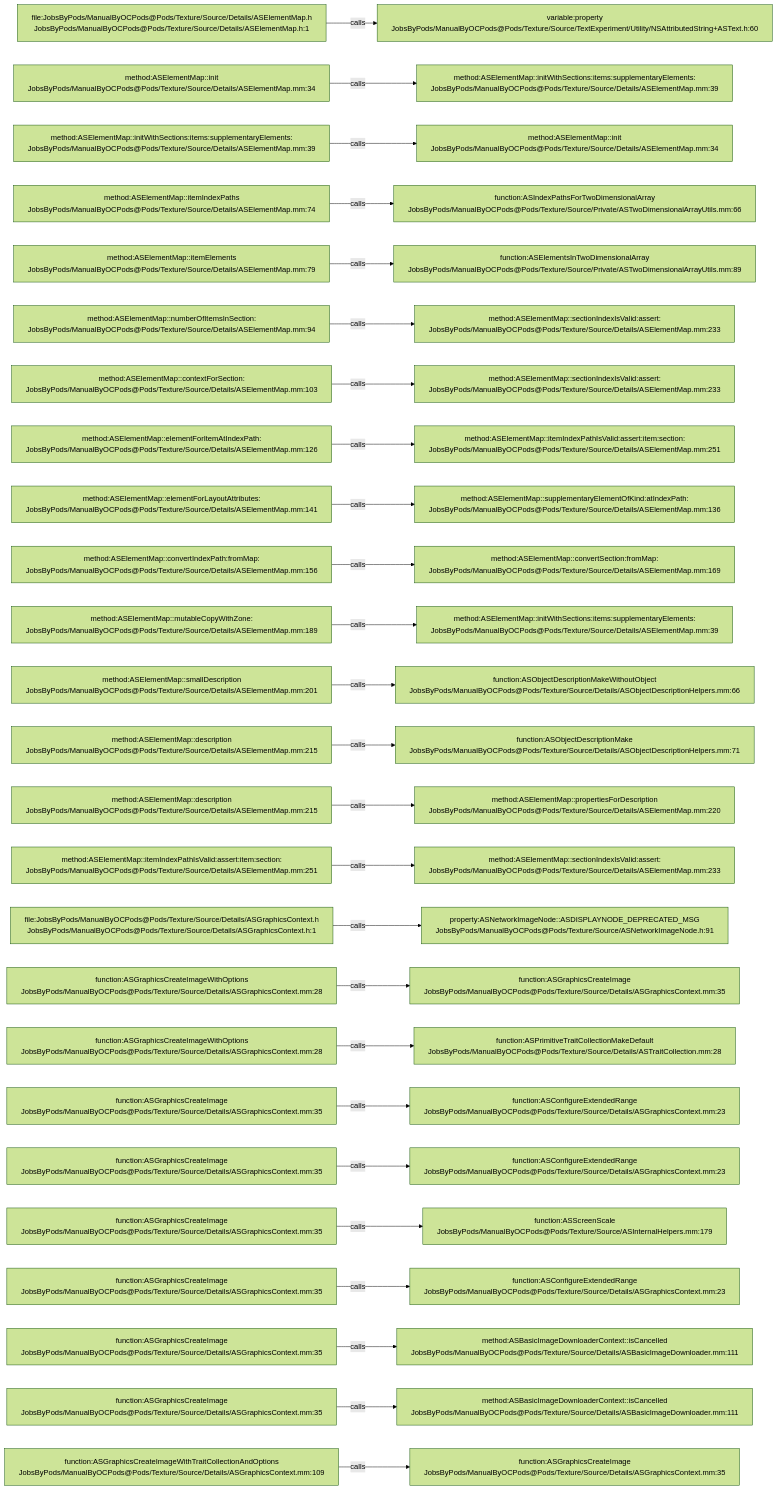
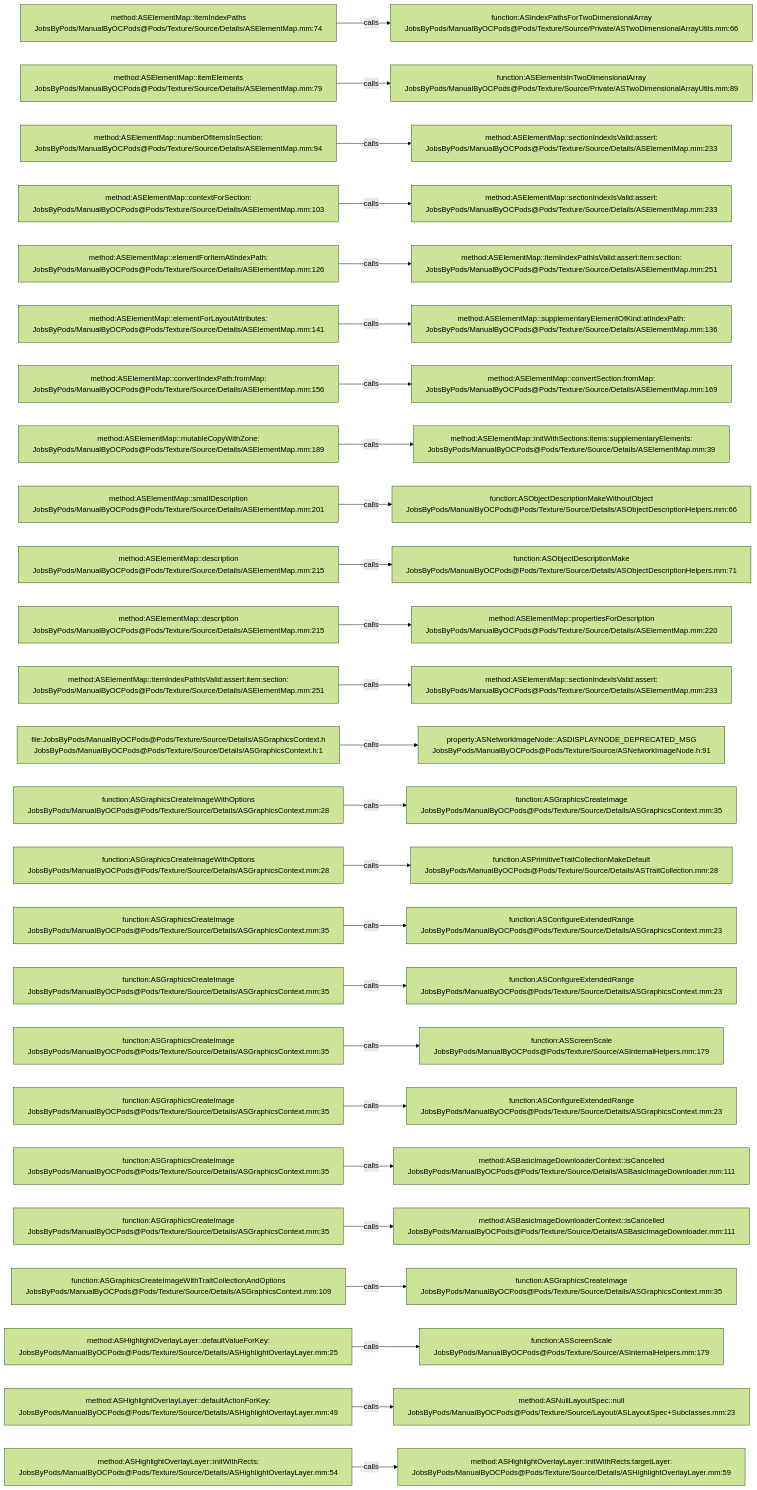
Before and after one commit to JobsKits/JobsOCBaseConfigDemo: the diagram in .codegraph/codegraph.md/graphs/calls-159.md, drawn with Mermaid (forest theme). The commit also changed 342 other files, not shown here.

````diff
--- a/.codegraph/codegraph.md/graphs/calls-159.md
+++ b/.codegraph/codegraph.md/graphs/calls-159.md
@@ -13,78 +13,78 @@
 ```mermaid
 flowchart LR
-  S1["file:JobsByPods/ManualByOCPods@Pods/Texture/Source/Details/ASElementMap.h<br/>JobsByPods/ManualByOCPods@Pods/Texture/Source/Details/ASElementMap.h:1"]
-  T1["variable:property<br/>JobsByPods/ManualByOCPods@Pods/Texture/Source/TextExperiment/Utility/NSAttributedString+ASText.h:60"]
+  S1["method:ASElementMap::itemIndexPaths<br/>JobsByPods/ManualByOCPods@Pods/Texture/Source/Details/ASElementMap.mm:74"]
+  T1["function:ASIndexPathsForTwoDimensionalArray<br/>JobsByPods/ManualByOCPods@Pods/Texture/Source/Private/ASTwoDimensionalArrayUtils.mm:66"]
   S1 -->|calls| T1
-  S2["method:ASElementMap::init<br/>JobsByPods/ManualByOCPods@Pods/Texture/Source/Details/ASElementMap.mm:34"]
-  T2["method:ASElementMap::initWithSections:items:supplementaryElements:<br/>JobsByPods/ManualByOCPods@Pods/Texture/Source/Details/ASElementMap.mm:39"]
+  S2["method:ASElementMap::itemElements<br/>JobsByPods/ManualByOCPods@Pods/Texture/Source/Details/ASElementMap.mm:79"]
+  T2["function:ASElementsInTwoDimensionalArray<br/>JobsByPods/ManualByOCPods@Pods/Texture/Source/Private/ASTwoDimensionalArrayUtils.mm:89"]
   S2 -->|calls| T2
-  S3["method:ASElementMap::initWithSections:items:supplementaryElements:<br/>JobsByPods/ManualByOCPods@Pods/Texture/Source/Details/ASElementMap.mm:39"]
-  T3["method:ASElementMap::init<br/>JobsByPods/ManualByOCPods@Pods/Texture/Source/Details/ASElementMap.mm:34"]
+  S3["method:ASElementMap::numberOfItemsInSection:<br/>JobsByPods/ManualByOCPods@Pods/Texture/Source/Details/ASElementMap.mm:94"]
+  T3["method:ASElementMap::sectionIndexIsValid:assert:<br/>JobsByPods/ManualByOCPods@Pods/Texture/Source/Details/ASElementMap.mm:233"]
   S3 -->|calls| T3
-  S4["method:ASElementMap::itemIndexPaths<br/>JobsByPods/ManualByOCPods@Pods/Texture/Source/Details/ASElementMap.mm:74"]
-  T4["function:ASIndexPathsForTwoDimensionalArray<br/>JobsByPods/ManualByOCPods@Pods/Texture/Source/Private/ASTwoDimensionalArrayUtils.mm:66"]
+  S4["method:ASElementMap::contextForSection:<br/>JobsByPods/ManualByOCPods@Pods/Texture/Source/Details/ASElementMap.mm:103"]
+  T4["method:ASElementMap::sectionIndexIsValid:assert:<br/>JobsByPods/ManualByOCPods@Pods/Texture/Source/Details/ASElementMap.mm:233"]
   S4 -->|calls| T4
-  S5["method:ASElementMap::itemElements<br/>JobsByPods/ManualByOCPods@Pods/Texture/Source/Details/ASElementMap.mm:79"]
-  T5["function:ASElementsInTwoDimensionalArray<br/>JobsByPods/ManualByOCPods@Pods/Texture/Source/Private/ASTwoDimensionalArrayUtils.mm:89"]
+  S5["method:ASElementMap::elementForItemAtIndexPath:<br/>JobsByPods/ManualByOCPods@Pods/Texture/Source/Details/ASElementMap.mm:126"]
+  T5["method:ASElementMap::itemIndexPathIsValid:assert:item:section:<br/>JobsByPods/ManualByOCPods@Pods/Texture/Source/Details/ASElementMap.mm:251"]
   S5 -->|calls| T5
-  S6["method:ASElementMap::numberOfItemsInSection:<br/>JobsByPods/ManualByOCPods@Pods/Texture/Source/Details/ASElementMap.mm:94"]
-  T6["method:ASElementMap::sectionIndexIsValid:assert:<br/>JobsByPods/ManualByOCPods@Pods/Texture/Source/Details/ASElementMap.mm:233"]
+  S6["method:ASElementMap::elementForLayoutAttributes:<br/>JobsByPods/ManualByOCPods@Pods/Texture/Source/Details/ASElementMap.mm:141"]
+  T6["method:ASElementMap::supplementaryElementOfKind:atIndexPath:<br/>JobsByPods/ManualByOCPods@Pods/Texture/Source/Details/ASElementMap.mm:136"]
   S6 -->|calls| T6
-  S7["method:ASElementMap::contextForSection:<br/>JobsByPods/ManualByOCPods@Pods/Texture/Source/Details/ASElementMap.mm:103"]
-  T7["method:ASElementMap::sectionIndexIsValid:assert:<br/>JobsByPods/ManualByOCPods@Pods/Texture/Source/Details/ASElementMap.mm:233"]
+  S7["method:ASElementMap::convertIndexPath:fromMap:<br/>JobsByPods/ManualByOCPods@Pods/Texture/Source/Details/ASElementMap.mm:156"]
+  T7["method:ASElementMap::convertSection:fromMap:<br/>JobsByPods/ManualByOCPods@Pods/Texture/Source/Details/ASElementMap.mm:169"]
   S7 -->|calls| T7
-  S8["method:ASElementMap::elementForItemAtIndexPath:<br/>JobsByPods/ManualByOCPods@Pods/Texture/Source/Details/ASElementMap.mm:126"]
-  T8["method:ASElementMap::itemIndexPathIsValid:assert:item:section:<br/>JobsByPods/ManualByOCPods@Pods/Texture/Source/Details/ASElementMap.mm:251"]
+  S8["method:ASElementMap::mutableCopyWithZone:<br/>JobsByPods/ManualByOCPods@Pods/Texture/Source/Details/ASElementMap.mm:189"]
+  T8["method:ASElementMap::initWithSections:items:supplementaryElements:<br/>JobsByPods/ManualByOCPods@Pods/Texture/Source/Details/ASElementMap.mm:39"]
   S8 -->|calls| T8
-  S9["method:ASElementMap::elementForLayoutAttributes:<br/>JobsByPods/ManualByOCPods@Pods/Texture/Source/Details/ASElementMap.mm:141"]
-  T9["method:ASElementMap::supplementaryElementOfKind:atIndexPath:<br/>JobsByPods/ManualByOCPods@Pods/Texture/Source/Details/ASElementMap.mm:136"]
+  S9["method:ASElementMap::smallDescription<br/>JobsByPods/ManualByOCPods@Pods/Texture/Source/Details/ASElementMap.mm:201"]
+  T9["function:ASObjectDescriptionMakeWithoutObject<br/>JobsByPods/ManualByOCPods@Pods/Texture/Source/Details/ASObjectDescriptionHelpers.mm:66"]
   S9 -->|calls| T9
-  S10["method:ASElementMap::convertIndexPath:fromMap:<br/>JobsByPods/ManualByOCPods@Pods/Texture/Source/Details/ASElementMap.mm:156"]
-  T10["method:ASElementMap::convertSection:fromMap:<br/>JobsByPods/ManualByOCPods@Pods/Texture/Source/Details/ASElementMap.mm:169"]
+  S10["method:ASElementMap::description<br/>JobsByPods/ManualByOCPods@Pods/Texture/Source/Details/ASElementMap.mm:215"]
+  T10["function:ASObjectDescriptionMake<br/>JobsByPods/ManualByOCPods@Pods/Texture/Source/Details/ASObjectDescriptionHelpers.mm:71"]
   S10 -->|calls| T10
-  S11["method:ASElementMap::mutableCopyWithZone:<br/>JobsByPods/ManualByOCPods@Pods/Texture/Source/Details/ASElementMap.mm:189"]
-  T11["method:ASElementMap::initWithSections:items:supplementaryElements:<br/>JobsByPods/ManualByOCPods@Pods/Texture/Source/Details/ASElementMap.mm:39"]
+  S11["method:ASElementMap::description<br/>JobsByPods/ManualByOCPods@Pods/Texture/Source/Details/ASElementMap.mm:215"]
+  T11["method:ASElementMap::propertiesForDescription<br/>JobsByPods/ManualByOCPods@Pods/Texture/Source/Details/ASElementMap.mm:220"]
   S11 -->|calls| T11
-  S12["method:ASElementMap::smallDescription<br/>JobsByPods/ManualByOCPods@Pods/Texture/Source/Details/ASElementMap.mm:201"]
-  T12["function:ASObjectDescriptionMakeWithoutObject<br/>JobsByPods/ManualByOCPods@Pods/Texture/Source/Details/ASObjectDescriptionHelpers.mm:66"]
+  S12["method:ASElementMap::itemIndexPathIsValid:assert:item:section:<br/>JobsByPods/ManualByOCPods@Pods/Texture/Source/Details/ASElementMap.mm:251"]
+  T12["method:ASElementMap::sectionIndexIsValid:assert:<br/>JobsByPods/ManualByOCPods@Pods/Texture/Source/Details/ASElementMap.mm:233"]
   S12 -->|calls| T12
-  S13["method:ASElementMap::description<br/>JobsByPods/ManualByOCPods@Pods/Texture/Source/Details/ASElementMap.mm:215"]
-  T13["function:ASObjectDescriptionMake<br/>JobsByPods/ManualByOCPods@Pods/Texture/Source/Details/ASObjectDescriptionHelpers.mm:71"]
+  S13["file:JobsByPods/ManualByOCPods@Pods/Texture/Source/Details/ASGraphicsContext.h<br/>JobsByPods/ManualByOCPods@Pods/Texture/Source/Details/ASGraphicsContext.h:1"]
+  T13["property:ASNetworkImageNode::ASDISPLAYNODE_DEPRECATED_MSG<br/>JobsByPods/ManualByOCPods@Pods/Texture/Source/ASNetworkImageNode.h:91"]
   S13 -->|calls| T13
-  S14["method:ASElementMap::description<br/>JobsByPods/ManualByOCPods@Pods/Texture/Source/Details/ASElementMap.mm:215"]
-  T14["method:ASElementMap::propertiesForDescription<br/>JobsByPods/ManualByOCPods@Pods/Texture/Source/Details/ASElementMap.mm:220"]
+  S14["function:ASGraphicsCreateImageWithOptions<br/>JobsByPods/ManualByOCPods@Pods/Texture/Source/Details/ASGraphicsContext.mm:28"]
+  T14["function:ASGraphicsCreateImage<br/>JobsByPods/ManualByOCPods@Pods/Texture/Source/Details/ASGraphicsContext.mm:35"]
   S14 -->|calls| T14
-  S15["method:ASElementMap::itemIndexPathIsValid:assert:item:section:<br/>JobsByPods/ManualByOCPods@Pods/Texture/Source/Details/ASElementMap.mm:251"]
-  T15["method:ASElementMap::sectionIndexIsValid:assert:<br/>JobsByPods/ManualByOCPods@Pods/Texture/Source/Details/ASElementMap.mm:233"]
+  S15["function:ASGraphicsCreateImageWithOptions<br/>JobsByPods/ManualByOCPods@Pods/Texture/Source/Details/ASGraphicsContext.mm:28"]
+  T15["function:ASPrimitiveTraitCollectionMakeDefault<br/>JobsByPods/ManualByOCPods@Pods/Texture/Source/Details/ASTraitCollection.mm:28"]
   S15 -->|calls| T15
-  S16["file:JobsByPods/ManualByOCPods@Pods/Texture/Source/Details/ASGraphicsContext.h<br/>JobsByPods/ManualByOCPods@Pods/Texture/Source/Details/ASGraphicsContext.h:1"]
-  T16["property:ASNetworkImageNode::ASDISPLAYNODE_DEPRECATED_MSG<br/>JobsByPods/ManualByOCPods@Pods/Texture/Source/ASNetworkImageNode.h:91"]
+  S16["function:ASGraphicsCreateImage<br/>JobsByPods/ManualByOCPods@Pods/Texture/Source/Details/ASGraphicsContext.mm:35"]
+  T16["function:ASConfigureExtendedRange<br/>JobsByPods/ManualByOCPods@Pods/Texture/Source/Details/ASGraphicsContext.mm:23"]
   S16 -->|calls| T16
-  S17["function:ASGraphicsCreateImageWithOptions<br/>JobsByPods/ManualByOCPods@Pods/Texture/Source/Details/ASGraphicsContext.mm:28"]
-  T17["function:ASGraphicsCreateImage<br/>JobsByPods/ManualByOCPods@Pods/Texture/Source/Details/ASGraphicsContext.mm:35"]
+  S17["function:ASGraphicsCreateImage<br/>JobsByPods/ManualByOCPods@Pods/Texture/Source/Details/ASGraphicsContext.mm:35"]
+  T17["function:ASConfigureExtendedRange<br/>JobsByPods/ManualByOCPods@Pods/Texture/Source/Details/ASGraphicsContext.mm:23"]
   S17 -->|calls| T17
-  S18["function:ASGraphicsCreateImageWithOptions<br/>JobsByPods/ManualByOCPods@Pods/Texture/Source/Details/ASGraphicsContext.mm:28"]
-  T18["function:ASPrimitiveTraitCollectionMakeDefault<br/>JobsByPods/ManualByOCPods@Pods/Texture/Source/Details/ASTraitCollection.mm:28"]
+  S18["function:ASGraphicsCreateImage<br/>JobsByPods/ManualByOCPods@Pods/Texture/Source/Details/ASGraphicsContext.mm:35"]
+  T18["function:ASScreenScale<br/>JobsByPods/ManualByOCPods@Pods/Texture/Source/ASInternalHelpers.mm:179"]
   S18 -->|calls| T18
   S19["function:ASGraphicsCreateImage<br/>JobsByPods/ManualByOCPods@Pods/Texture/Source/Details/ASGraphicsContext.mm:35"]
   T19["function:ASConfigureExtendedRange<br/>JobsByPods/ManualByOCPods@Pods/Texture/Source/Details/ASGraphicsContext.mm:23"]
   S19 -->|calls| T19
   S20["function:ASGraphicsCreateImage<br/>JobsByPods/ManualByOCPods@Pods/Texture/Source/Details/ASGraphicsContext.mm:35"]
-  T20["function:ASConfigureExtendedRange<br/>JobsByPods/ManualByOCPods@Pods/Texture/Source/Details/ASGraphicsContext.mm:23"]
+  T20["method:ASBasicImageDownloaderContext::isCancelled<br/>JobsByPods/ManualByOCPods@Pods/Texture/Source/Details/ASBasicImageDownloader.mm:111"]
   S20 -->|calls| T20
   S21["function:ASGraphicsCreateImage<br/>JobsByPods/ManualByOCPods@Pods/Texture/Source/Details/ASGraphicsContext.mm:35"]
-  T21["function:ASScreenScale<br/>JobsByPods/ManualByOCPods@Pods/Texture/Source/ASInternalHelpers.mm:179"]
+  T21["method:ASBasicImageDownloaderContext::isCancelled<br/>JobsByPods/ManualByOCPods@Pods/Texture/Source/Details/ASBasicImageDownloader.mm:111"]
   S21 -->|calls| T21
-  S22["function:ASGraphicsCreateImage<br/>JobsByPods/ManualByOCPods@Pods/Texture/Source/Details/ASGraphicsContext.mm:35"]
-  T22["function:ASConfigureExtendedRange<br/>JobsByPods/ManualByOCPods@Pods/Texture/Source/Details/ASGraphicsContext.mm:23"]
+  S22["function:ASGraphicsCreateImageWithTraitCollectionAndOptions<br/>JobsByPods/ManualByOCPods@Pods/Texture/Source/Details/ASGraphicsContext.mm:109"]
+  T22["function:ASGraphicsCreateImage<br/>JobsByPods/ManualByOCPods@Pods/Texture/Source/Details/ASGraphicsContext.mm:35"]
   S22 -->|calls| T22
-  S23["function:ASGraphicsCreateImage<br/>JobsByPods/ManualByOCPods@Pods/Texture/Source/Details/ASGraphicsContext.mm:35"]
-  T23["method:ASBasicImageDownloaderContext::isCancelled<br/>JobsByPods/ManualByOCPods@Pods/Texture/Source/Details/ASBasicImageDownloader.mm:111"]
+  S23["method:ASHighlightOverlayLayer::defaultValueForKey:<br/>JobsByPods/ManualByOCPods@Pods/Texture/Source/Details/ASHighlightOverlayLayer.mm:25"]
+  T23["function:ASScreenScale<br/>JobsByPods/ManualByOCPods@Pods/Texture/Source/ASInternalHelpers.mm:179"]
   S23 -->|calls| T23
-  S24["function:ASGraphicsCreateImage<br/>JobsByPods/ManualByOCPods@Pods/Texture/Source/Details/ASGraphicsContext.mm:35"]
-  T24["method:ASBasicImageDownloaderContext::isCancelled<br/>JobsByPods/ManualByOCPods@Pods/Texture/Source/Details/ASBasicImageDownloader.mm:111"]
+  S24["method:ASHighlightOverlayLayer::defaultActionForKey:<br/>JobsByPods/ManualByOCPods@Pods/Texture/Source/Details/ASHighlightOverlayLayer.mm:49"]
+  T24["method:ASNullLayoutSpec::null<br/>JobsByPods/ManualByOCPods@Pods/Texture/Source/Layout/ASLayoutSpec+Subclasses.mm:23"]
   S24 -->|calls| T24
-  S25["function:ASGraphicsCreateImageWithTraitCollectionAndOptions<br/>JobsByPods/ManualByOCPods@Pods/Texture/Source/Details/ASGraphicsContext.mm:109"]
-  T25["function:ASGraphicsCreateImage<br/>JobsByPods/ManualByOCPods@Pods/Texture/Source/Details/ASGraphicsContext.mm:35"]
+  S25["method:ASHighlightOverlayLayer::initWithRects:<br/>JobsByPods/ManualByOCPods@Pods/Texture/Source/Details/ASHighlightOverlayLayer.mm:54"]
+  T25["method:ASHighlightOverlayLayer::initWithRects:targetLayer:<br/>JobsByPods/ManualByOCPods@Pods/Texture/Source/Details/ASHighlightOverlayLayer.mm:59"]
   S25 -->|calls| T25
 ```
````
